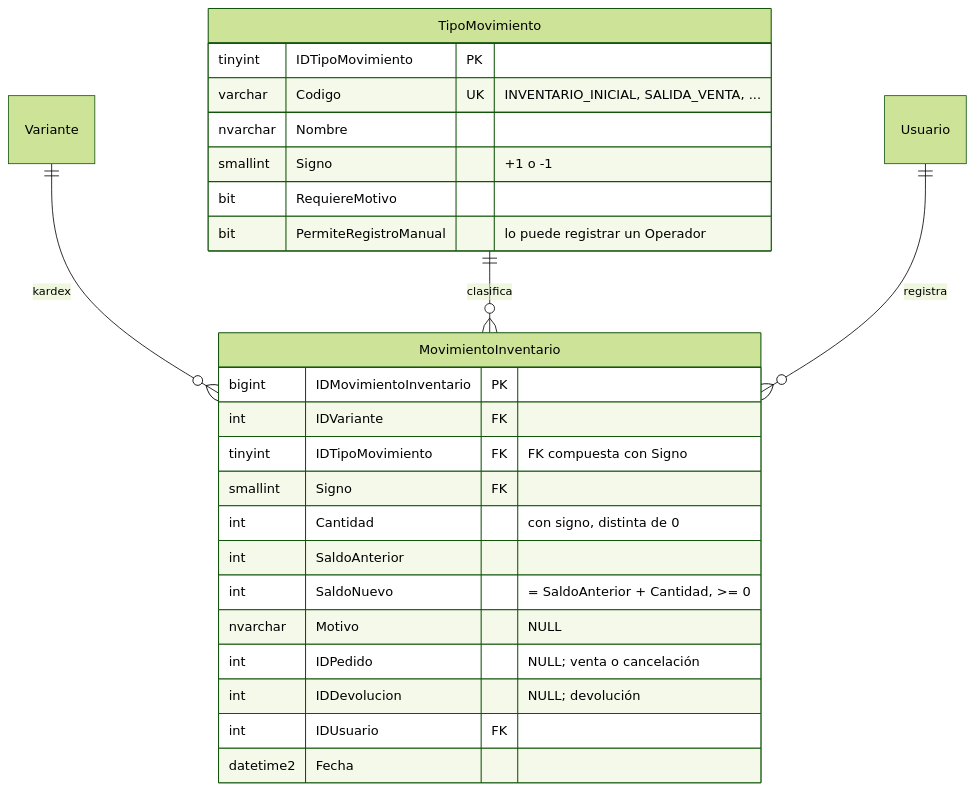
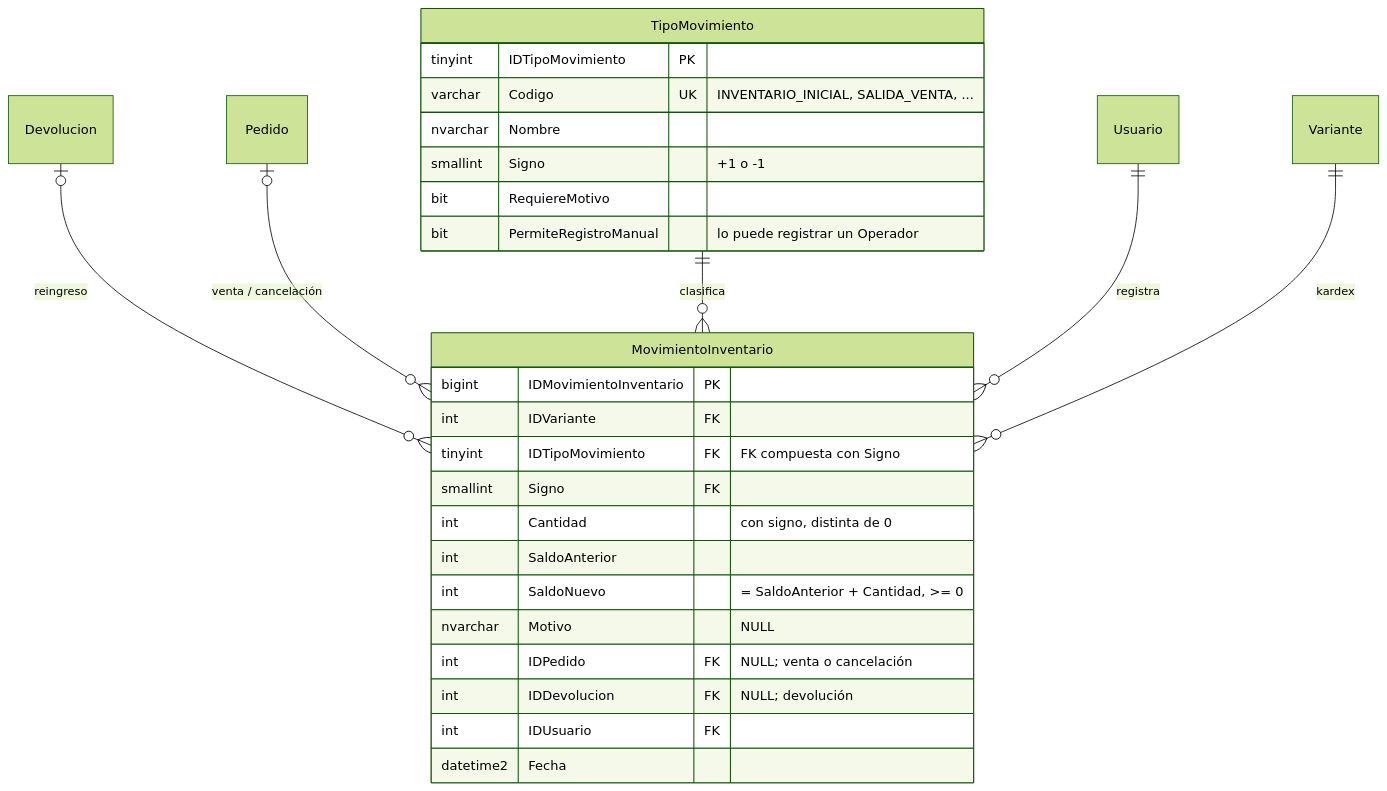
One commit to aMarvinQ/ShopCart changed the fourth of 9 diagrams in docs/ER.md. Above: the diagram before and after it, drawn with Mermaid (forest theme). The commit also changed other lines of this file and 3 other files, not shown here.

````diff
--- a/docs/ER.md
+++ b/docs/ER.md
@@ -130,29 +215,31 @@
 ```mermaid
 erDiagram
-    Variante ||--o{ MovimientoInventario : "kardex"
+    Devolucion |o--o{ MovimientoInventario : "reingreso"
+    Pedido |o--o{ MovimientoInventario : "venta / cancelación"
     TipoMovimiento ||--o{ MovimientoInventario : "clasifica"
     Usuario ||--o{ MovimientoInventario : "registra"
+    Variante ||--o{ MovimientoInventario : "kardex"
 
     TipoMovimiento {
         tinyint IDTipoMovimiento PK
         varchar Codigo UK "INVENTARIO_INICIAL, SALIDA_VENTA, ..."
         nvarchar Nombre
         smallint Signo "+1 o -1"
         bit RequiereMotivo
         bit PermiteRegistroManual "lo puede registrar un Operador"
     }
     MovimientoInventario {
         bigint IDMovimientoInventario PK
         int IDVariante FK
         tinyint IDTipoMovimiento FK "FK compuesta con Signo"
         smallint Signo FK
         int Cantidad "con signo, distinta de 0"
         int SaldoAnterior
         int SaldoNuevo "= SaldoAnterior + Cantidad, >= 0"
         nvarchar Motivo "NULL"
-        int IDPedido "NULL; venta o cancelación"
-        int IDDevolucion "NULL; devolución"
+        int IDPedido FK "NULL; venta o cancelación"
+        int IDDevolucion FK "NULL; devolución"
         int IDUsuario FK
         datetime2 Fecha
     }
 ```
````
